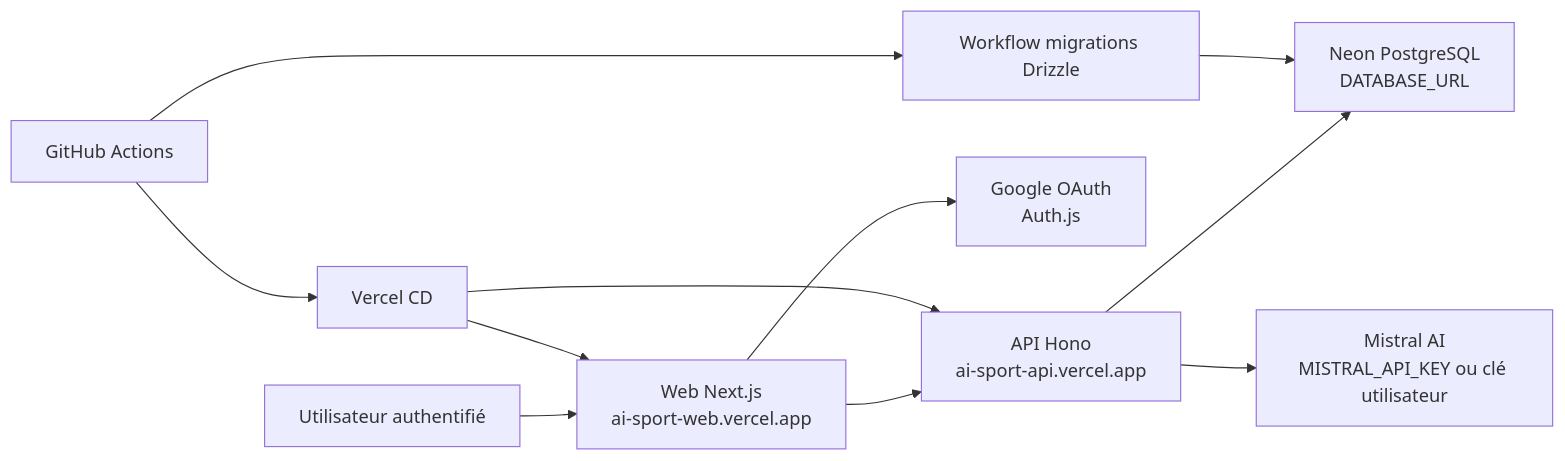
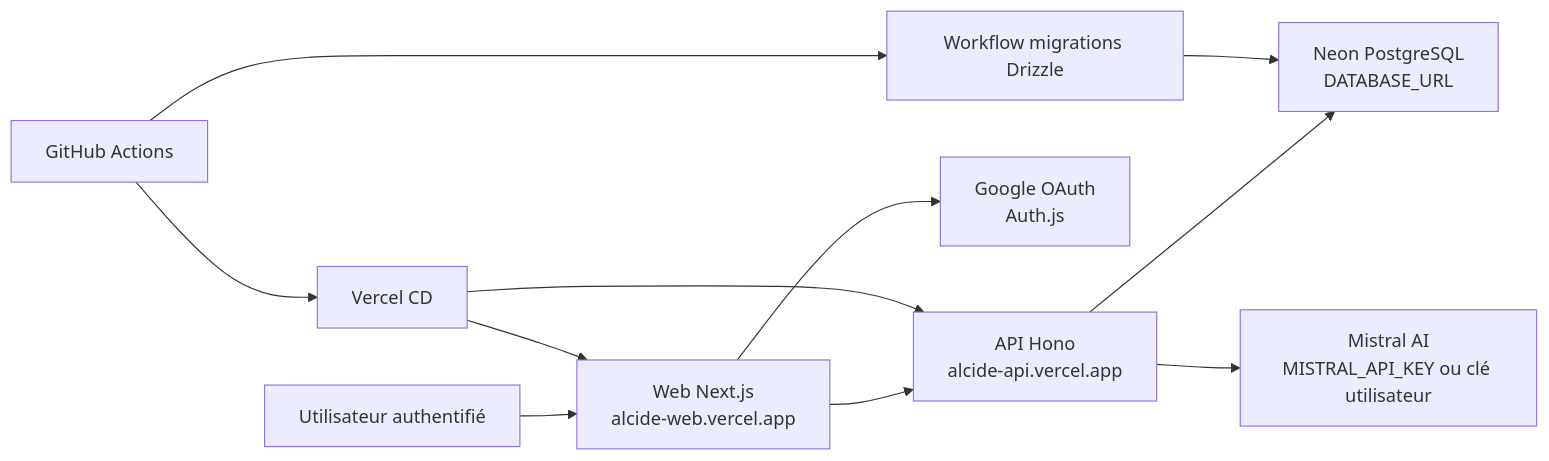
The diagram in docs/rncp/bloc4-mco-rncp39583.md (Kevinmrgt/aiSport), drawn with Mermaid before and after one commit. The commit also changed other lines of this file and 168 other files, not shown here.

````diff
--- a/docs/rncp/bloc4-mco-rncp39583.md
+++ b/docs/rncp/bloc4-mco-rncp39583.md
@@ -64,13 +64,13 @@
 ```mermaid
 flowchart LR
-  U["Utilisateur authentifié"] --> W["Web Next.js<br/>ai-sport-web.vercel.app"]
-  W --> A["API Hono<br/>ai-sport-api.vercel.app"]
+  U["Utilisateur authentifié"] --> W["Web Next.js<br/>alcide-web.vercel.app"]
+  W --> A["API Hono<br/>alcide-api.vercel.app"]
   A --> DB["Neon PostgreSQL<br/>DATABASE_URL"]
   A --> IA["Mistral AI<br/>MISTRAL_API_KEY ou clé utilisateur"]
   W --> G["Google OAuth<br/>Auth.js"]
   GH["GitHub Actions"] --> V["Vercel CD"]
   GH --> M["Workflow migrations Drizzle"]
   M --> DB
   V --> W
   V --> A
 ```
````
